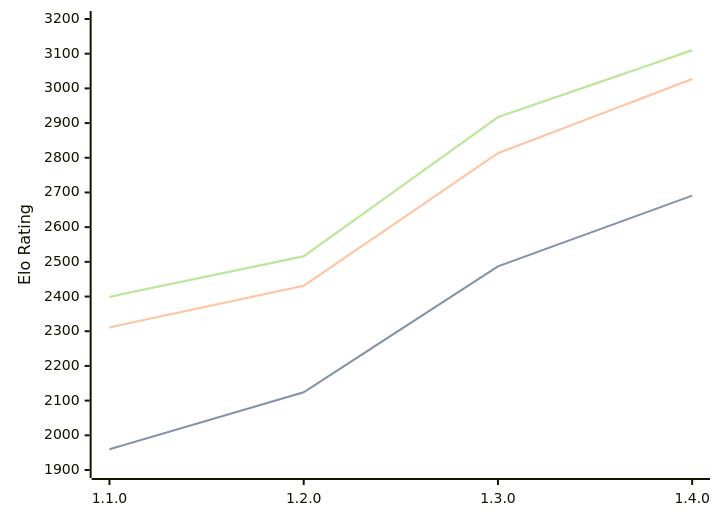
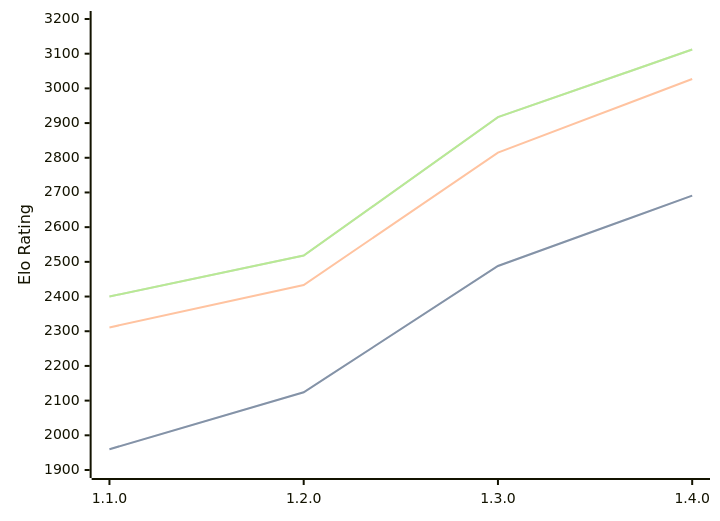
Before and after one commit to computer-chess-index/cci: the diagram in engines/Gyatso.md, drawn with Mermaid. The commit also changed other lines of this file, not shown here.

Commit message:
Update CCI Ratings (ELO VLTC) - 2026-08-25

````diff
--- a/engines/Gyatso.md
+++ b/engines/Gyatso.md
@@ -36,11 +36,11 @@
 ```mermaid
 %%{init: {"theme":"base","themeVariables":{"seriesColors:['#a3a3a3','#222221','#faa371']}}}%%
 xychart-beta
   x-axis ["1.1.0", "1.2.0", "1.3.0", "1.4.0"]
   y-axis "Elo Rating" 1900 --> 3200
-  line "STC (8.0+0.08s)" [1960, 2124, 2487, 2691]
-  line "STC (8.0+0.08s)" [1960, 2124, 2487, 2691]
-  line "LTC (60.0+0.60s)" [2311, 2431, 2813, 3027]
-  line "VLTC (2m24s+1.12s)" [2399, 2516, 2917, 3110]
-  line "VLTC (2m24s+1.12s)" [2399, 2516, 2917, 3110]
+  line "STC (8.0+0.08s)" [1960, 2124, 2488, 2691]
+  line "STC (8.0+0.08s)" [1960, 2124, 2488, 2691]
+  line "LTC (60.0+0.60s)" [2311, 2433, 2815, 3027]
+  line "VLTC (2m24s+1.12s)" [2400, 2518, 2917, 3112]
+  line "VLTC (2m24s+1.12s)" [2400, 2518, 2917, 3112]
 ```
````
